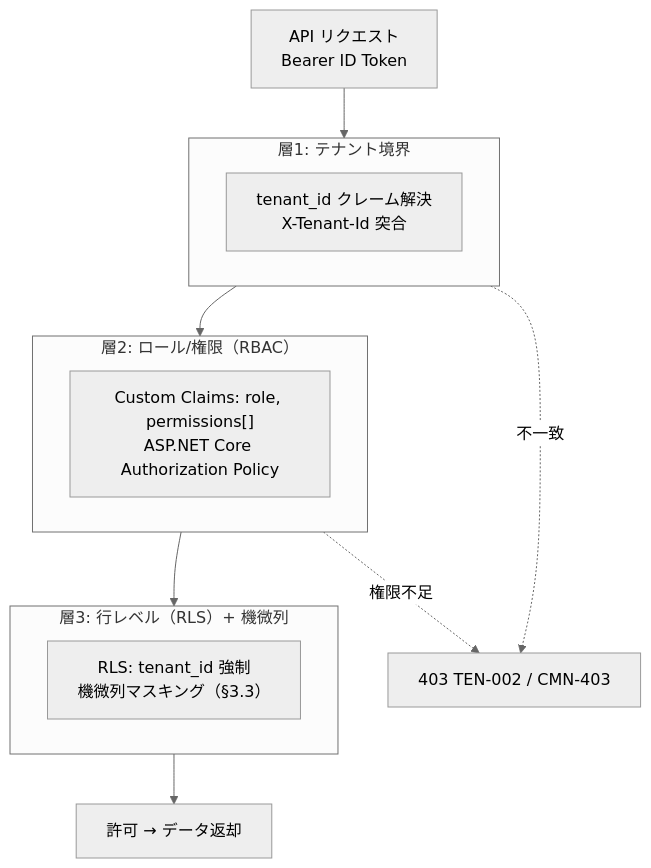
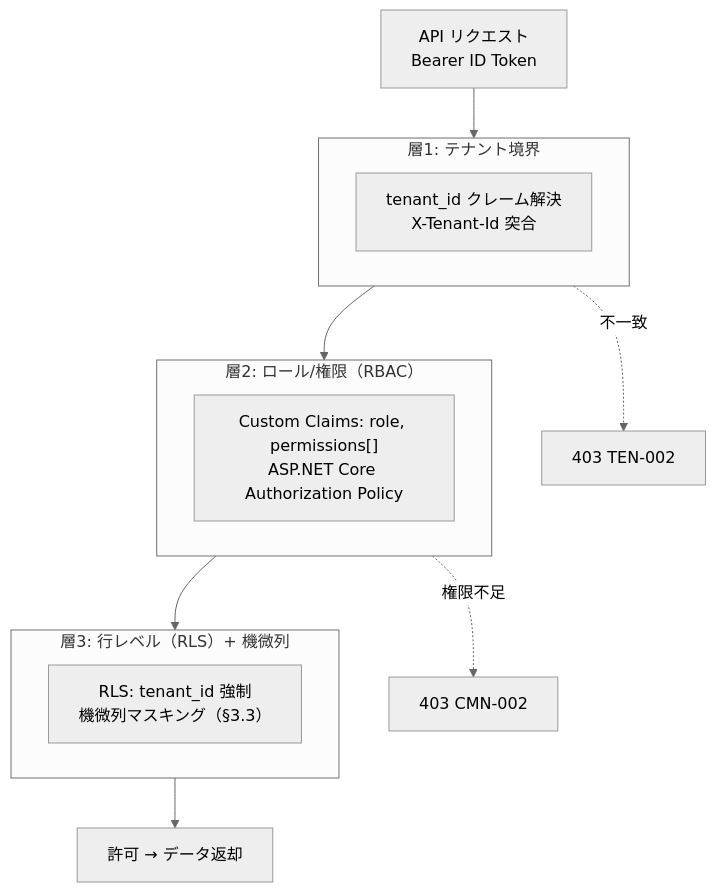
One commit to TSUNAGUBA/akebono-honshu changed the fourth of 7 diagrams in docs/platform-design/basic-design/11-nonfunctional-security-tenancy.md. Above: the diagram before and after it, drawn with Mermaid (neutral theme). The commit also changed other lines of this file and 30 other files, not shown here.

````diff
--- a/docs/platform-design/basic-design/11-nonfunctional-security-tenancy.md
+++ b/docs/platform-design/basic-design/11-nonfunctional-security-tenancy.md
@@ -203,18 +203,18 @@
 ```mermaid
 graph TD
     REQ["API リクエスト<br/>Bearer ID Token"] --> L1
     subgraph L1["層1: テナント境界"]
         T1["tenant_id クレーム解決<br/>X-Tenant-Id 突合"]
     end
     L1 --> L2
     subgraph L2["層2: ロール/権限（RBAC）"]
         R1["Custom Claims: role, permissions[]<br/>ASP.NET Core Authorization Policy"]
     end
     L2 --> L3
     subgraph L3["層3: 行レベル（RLS）+ 機微列"]
         D1["RLS: tenant_id 強制<br/>機微列マスキング（§3.3）"]
     end
     L3 --> OK["許可 → データ返却"]
-    L1 -.->|"不一致"| DENY["403 TEN-002 / CMN-403"]
-    L2 -.->|"権限不足"| DENY
+    L1 -.->|"不一致"| DENY1["403 TEN-002"]
+    L2 -.->|"権限不足"| DENY2["403 CMN-002"]
 ```
````
